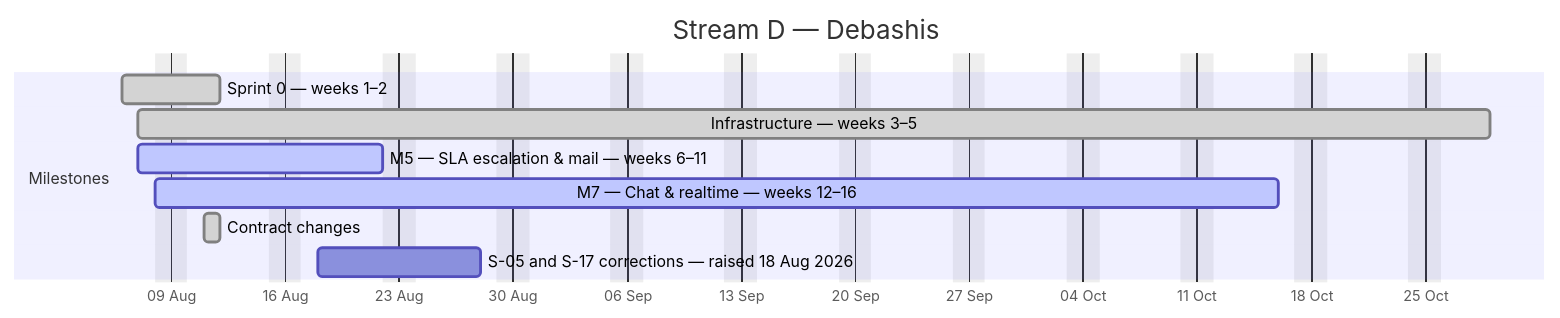
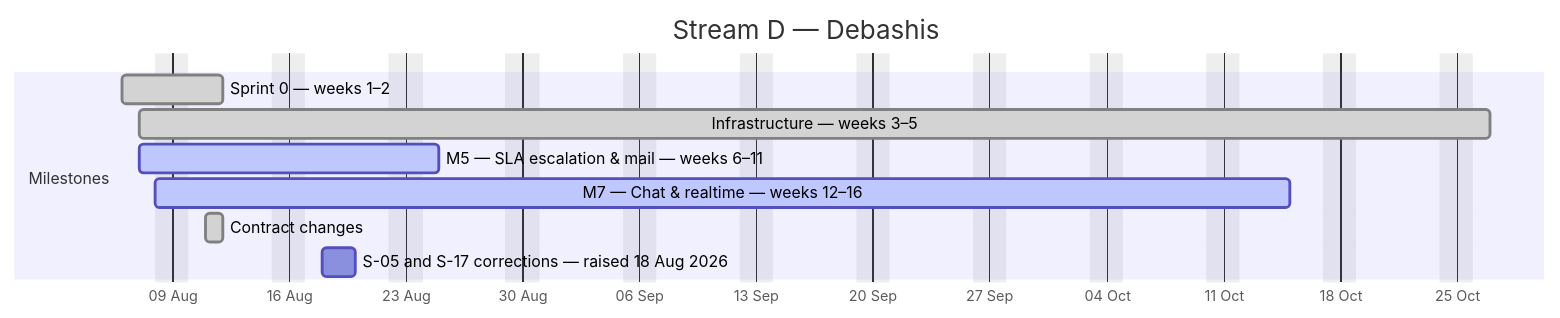
The fourth of 4 diagrams in docs/plan/GANTT.md (debashisedunext/EduTrack), drawn with Mermaid before and after one commit. The commit also changed other lines of this file and 3 other files, not shown here.

````diff
--- a/docs/plan/GANTT.md
+++ b/docs/plan/GANTT.md
@@ -155,14 +153,14 @@
 ```mermaid
 gantt
     dateFormat YYYY-MM-DD
     axisFormat %d %b
     title Stream D — Debashis
     excludes weekends
     section Milestones
     Sprint 0 — weeks 1–2 :done, d0, 2026-08-06, 4d
-    Infrastructure — weeks 3–5 :done, d1, 2026-08-07, 59d
-    M5 — SLA  escalation & mail — weeks 6–11 :active, d2, 2026-08-07, 11d
-    M7 — Chat & realtime — weeks 12–16 :active, d3, 2026-08-08, 50d
+    Infrastructure — weeks 3–5 :done, d1, 2026-08-07, 57d
+    M5 — SLA  escalation & mail — weeks 6–11 :active, d2, 2026-08-07, 12d
+    M7 — Chat & realtime — weeks 12–16 :active, d3, 2026-08-08, 49d
     Contract changes :done, d4, 2026-08-11, 1d
-    S-05 and S-17 corrections — raised 18 Aug 2026 :d5, 2026-08-18, 8d
+    S-05 and S-17 corrections — raised 18 Aug 2026 :d5, 2026-08-18, 2d
 ```
````
